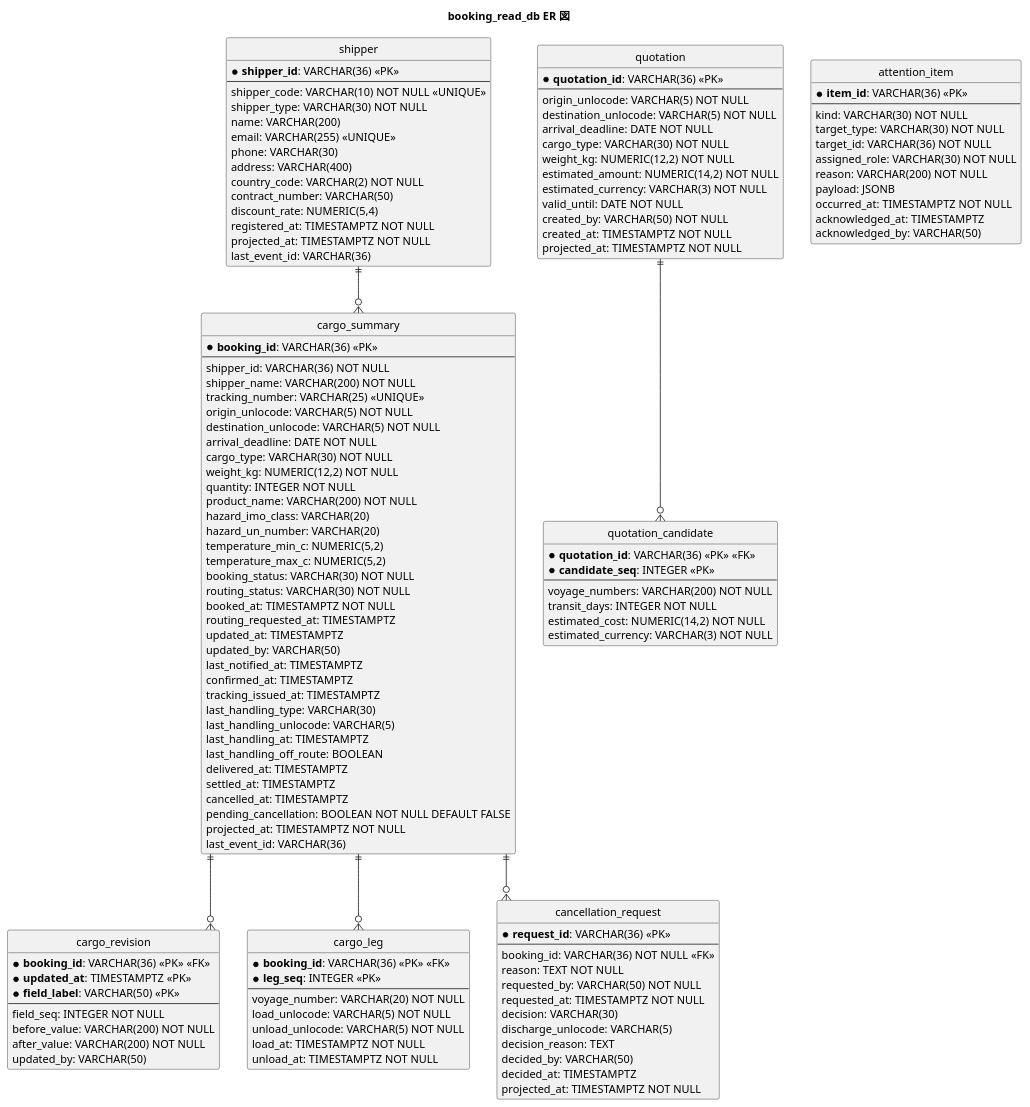
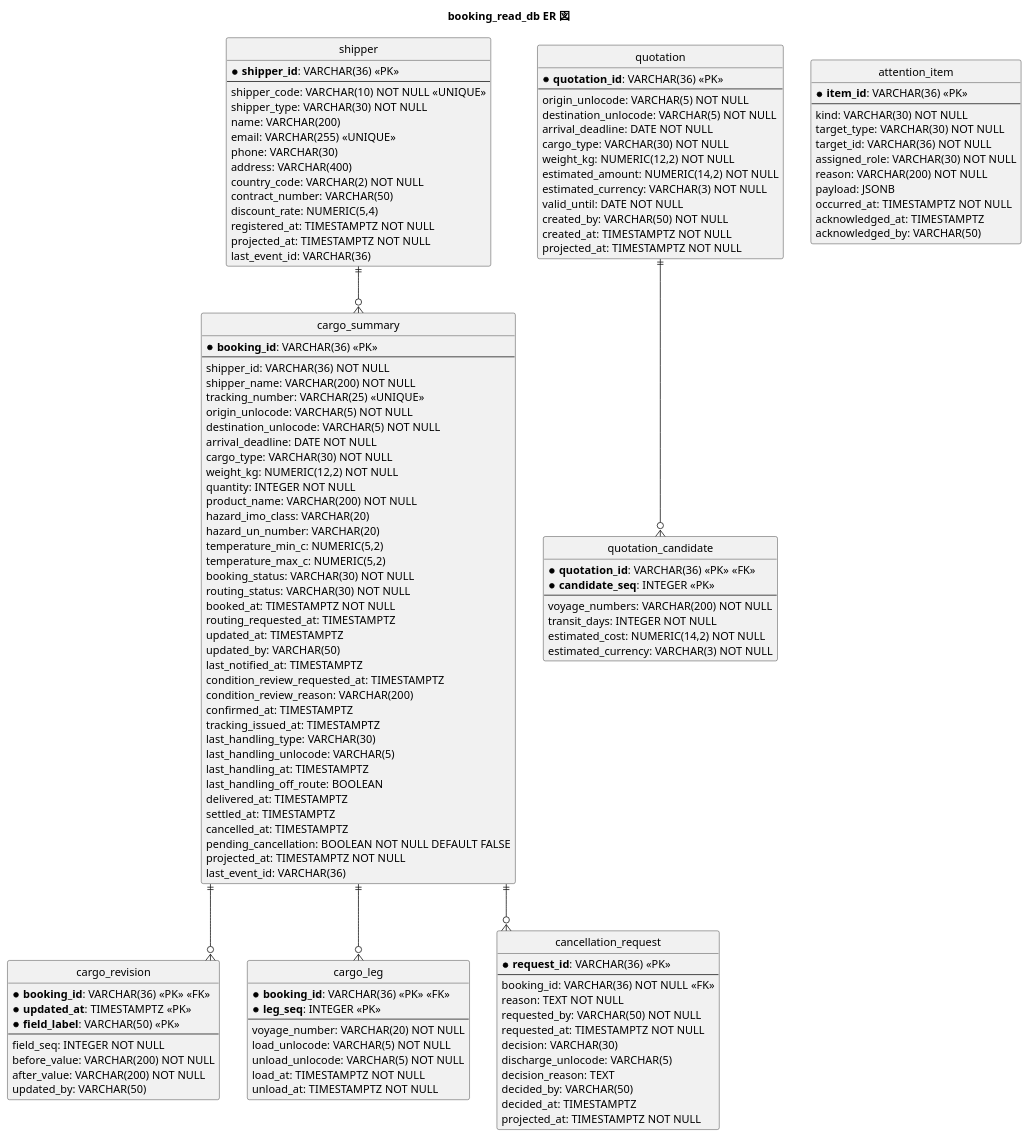
The fourth of 10 diagrams in docs/design/cargo-tracker/data-model.md (k2works/case-study-cargo-tracker), drawn with PlantUML before and after one commit. The commit also changed other lines of this file and 8 other files, not shown here.

```diff
--- a/docs/design/cargo-tracker/data-model.md
+++ b/docs/design/cargo-tracker/data-model.md
@@ -290,6 +290,8 @@
   updated_at: TIMESTAMPTZ
   updated_by: VARCHAR(50)
   last_notified_at: TIMESTAMPTZ
+  condition_review_requested_at: TIMESTAMPTZ
+  condition_review_reason: VARCHAR(200)
   confirmed_at: TIMESTAMPTZ
   tracking_issued_at: TIMESTAMPTZ
   last_handling_type: VARCHAR(30)
```
